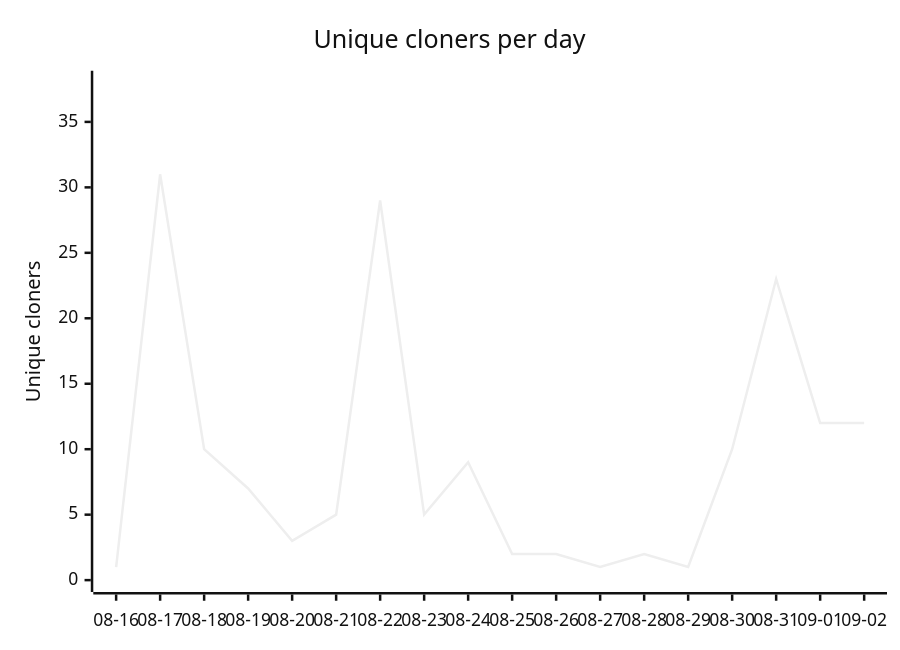
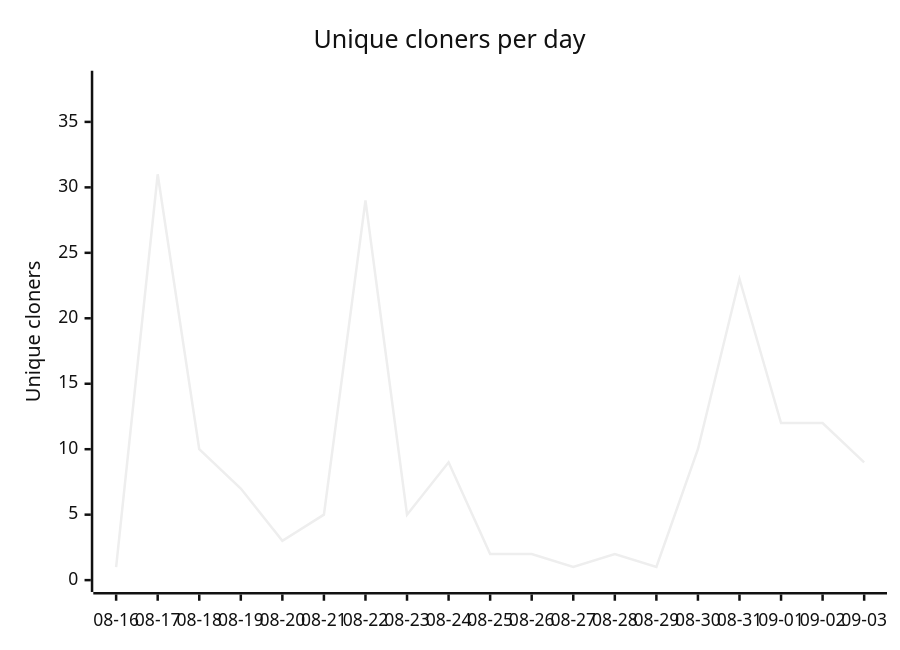
One commit to AZidan/archflow changed the diagram in metrics/README.md. Above: the diagram before and after it, drawn with Mermaid (neutral theme). The commit also changed other lines of this file and 2 other files, not shown here.

````diff
--- a/metrics/README.md
+++ b/metrics/README.md
@@ -14,7 +14,7 @@
 ```mermaid
 xychart-beta
     title "Unique cloners per day"
-    x-axis ["08-16", "08-17", "08-18", "08-19", "08-20", "08-21", "08-22", "08-23", "08-24", "08-25", "08-26", "08-27", "08-28", "08-29", "08-30", "08-31", "09-01", "09-02"]
+    x-axis ["08-16", "08-17", "08-18", "08-19", "08-20", "08-21", "08-22", "08-23", "08-24", "08-25", "08-26", "08-27", "08-28", "08-29", "08-30", "08-31", "09-01", "09-02", "09-03"]
     y-axis "Unique cloners" 0 --> 38
-    line [1, 31, 10, 7, 3, 5, 29, 5, 9, 2, 2, 1, 2, 1, 10, 23, 12, 12]
+    line [1, 31, 10, 7, 3, 5, 29, 5, 9, 2, 2, 1, 2, 1, 10, 23, 12, 12, 9]
 ```
````
